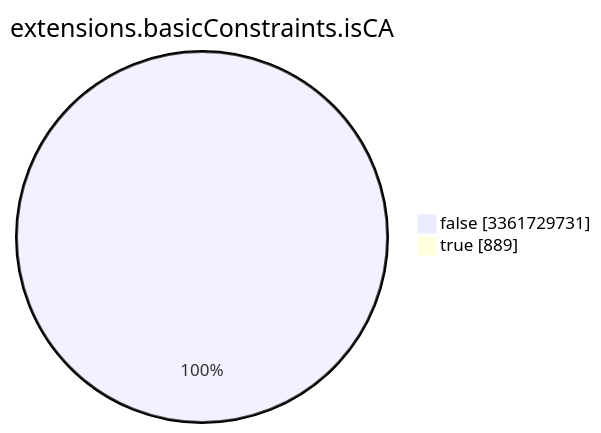
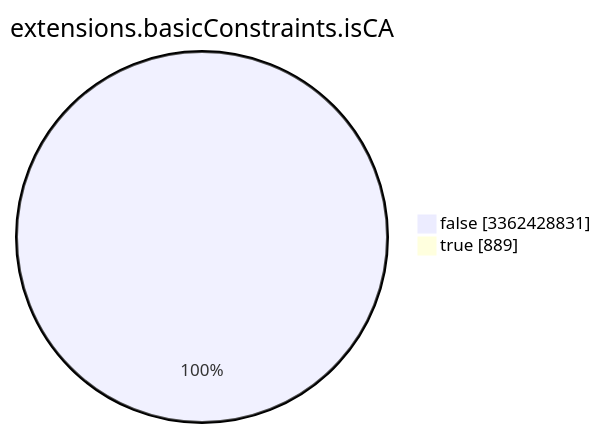
One commit to christiankrug/ctmonitor_visualization changed the seventh of 15 diagrams in TOTAL/README.md. Above: the diagram before and after it, drawn with Mermaid. The commit also changed other lines of this file, not shown here.

````diff
--- a/TOTAL/README.md
+++ b/TOTAL/README.md
@@ -3090,6 +3090,6 @@
 ```mermaid
 pie showData
 title extensions.basicConstraints.isCA
-"false" :3361729731
+"false" :3362428831
 "true" :889
 ```
````
